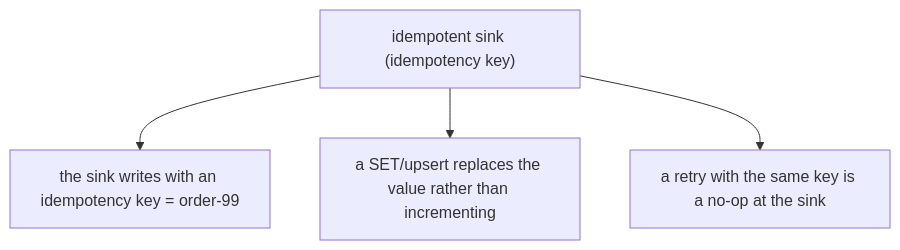
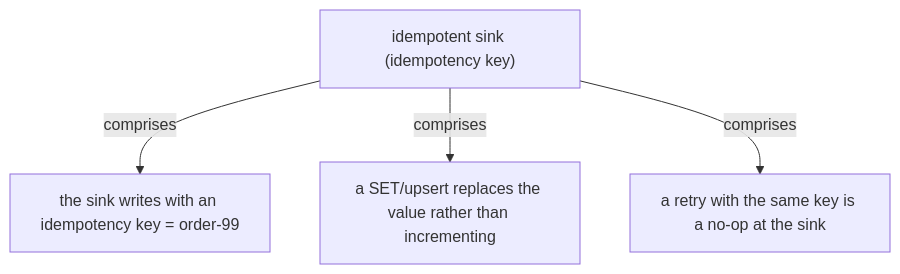
The sixth of 19 diagrams in docs/ch05-exactly-once-and-side-effects.md (vinayakuber/streaming-systems-study-guide), drawn with Mermaid before and after one commit. The commit also changed other lines of this file and 22 other files, not shown here.

First line of the commit message:
R18: label every diagram arrow with its meaning

````diff
--- a/docs/ch05-exactly-once-and-side-effects.md
+++ b/docs/ch05-exactly-once-and-side-effects.md
@@ -175,7 +175,7 @@
 ```mermaid
 flowchart TD
   R["idempotent sink (idempotency key)"]
-  R --> P0["the sink writes with an idempotency key = order-99"]
-  R --> P1["a SET/upsert replaces the value rather than incrementing"]
-  R --> P2["a retry with the same key is a no-op at the sink"]
+  R -->|"comprises"| P0["the sink writes with an idempotency key = order-99"]
+  R -->|"comprises"| P1["a SET/upsert replaces the value rather than incrementing"]
+  R -->|"comprises"| P2["a retry with the same key is a no-op at the sink"]
 ```
````
